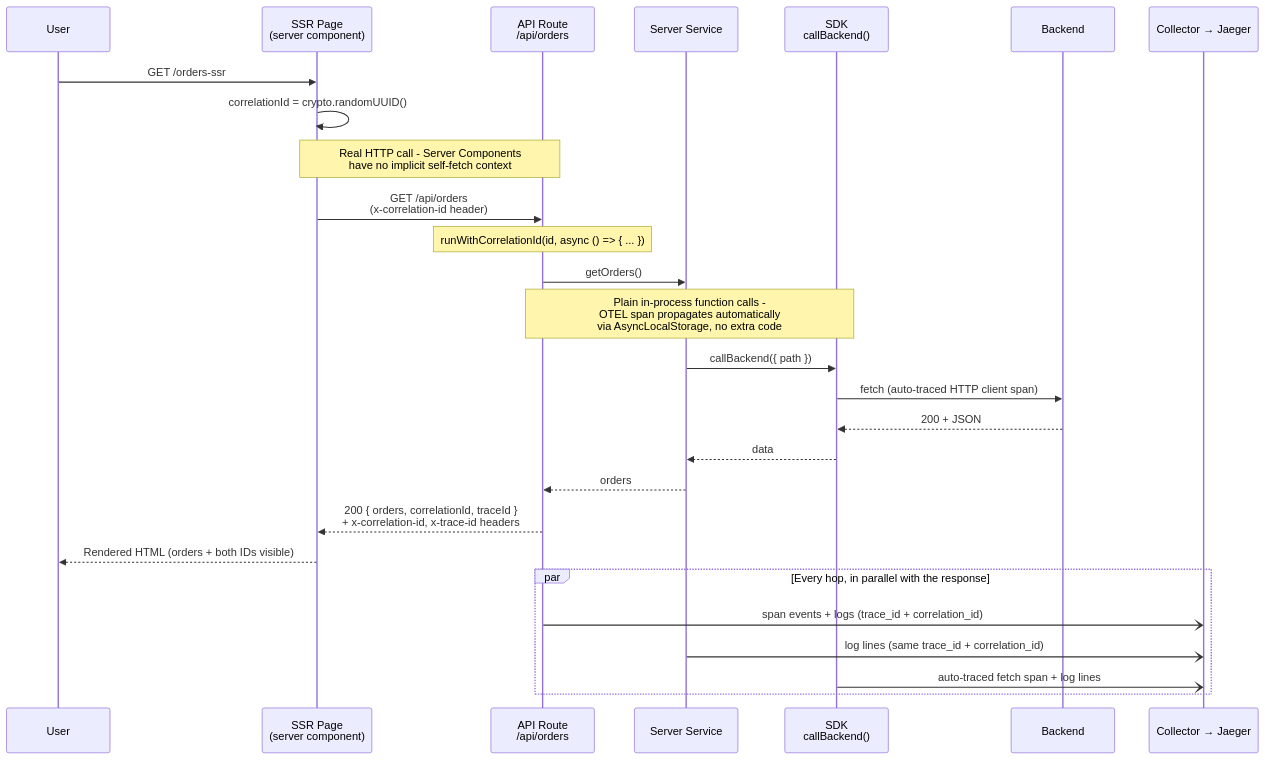
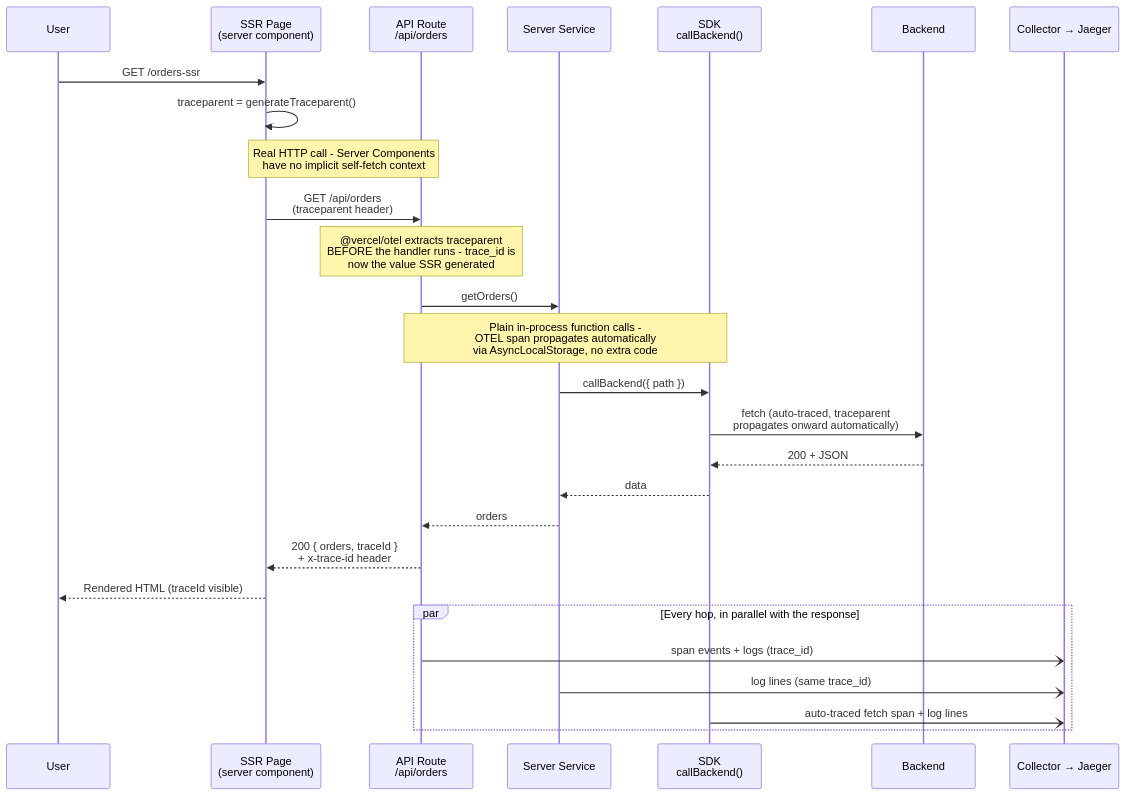
The second of 6 diagrams in ARCHITECTURE.md (kavinselvaraj/Next-OTEL), drawn with Mermaid before and after one commit. The commit also changed other lines of this file and 16 other files, not shown here.

````diff
--- a/ARCHITECTURE.md
+++ b/ARCHITECTURE.md
@@ -75,33 +149,33 @@
 ```mermaid
 sequenceDiagram
     participant U as User
     participant SSR as SSR Page<br/>(server component)
     participant API as API Route<br/>/api/orders
     participant SVC as Server Service
     participant SDK as SDK<br/>callBackend()
     participant BE as Backend
     participant OTEL as Collector → Jaeger
 
     U->>SSR: GET /orders-ssr
-    SSR->>SSR: correlationId = crypto.randomUUID()
+    SSR->>SSR: traceparent = generateTraceparent()
     Note over SSR,API: Real HTTP call - Server Components<br/>have no implicit self-fetch context
-    SSR->>API: GET /api/orders<br/>(x-correlation-id header)
+    SSR->>API: GET /api/orders<br/>(traceparent header)
 
-    Note over API: runWithCorrelationId(id, async () => { ... })
+    Note over API: @vercel/otel extracts traceparent<br/>BEFORE the handler runs - trace_id is<br/>now the value SSR generated
     API->>SVC: getOrders()
     Note over API,SDK: Plain in-process function calls -<br/>OTEL span propagates automatically<br/>via AsyncLocalStorage, no extra code
     SVC->>SDK: callBackend({ path })
-    SDK->>BE: fetch (auto-traced HTTP client span)
+    SDK->>BE: fetch (auto-traced, traceparent<br/>propagates onward automatically)
     BE-->>SDK: 200 + JSON
     SDK-->>SVC: data
     SVC-->>API: orders
 
-    API-->>SSR: 200 { orders, correlationId, traceId }<br/>+ x-correlation-id, x-trace-id headers
-    SSR-->>U: Rendered HTML (orders + both IDs visible)
+    API-->>SSR: 200 { orders, traceId }<br/>+ x-trace-id header
+    SSR-->>U: Rendered HTML (traceId visible)
 
     par Every hop, in parallel with the response
-        API-)OTEL: span events + logs (trace_id + correlation_id)
-        SVC-)OTEL: log lines (same trace_id + correlation_id)
+        API-)OTEL: span events + logs (trace_id)
+        SVC-)OTEL: log lines (same trace_id)
         SDK-)OTEL: auto-traced fetch span + log lines
     end
 ```
````
